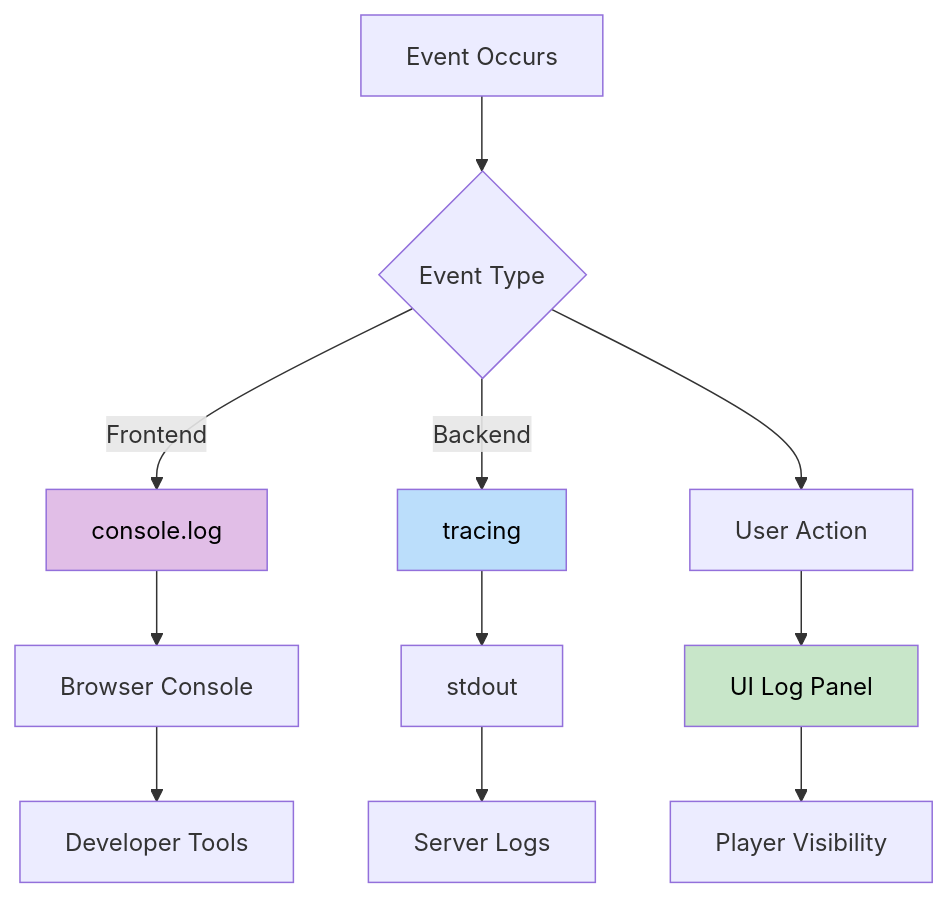
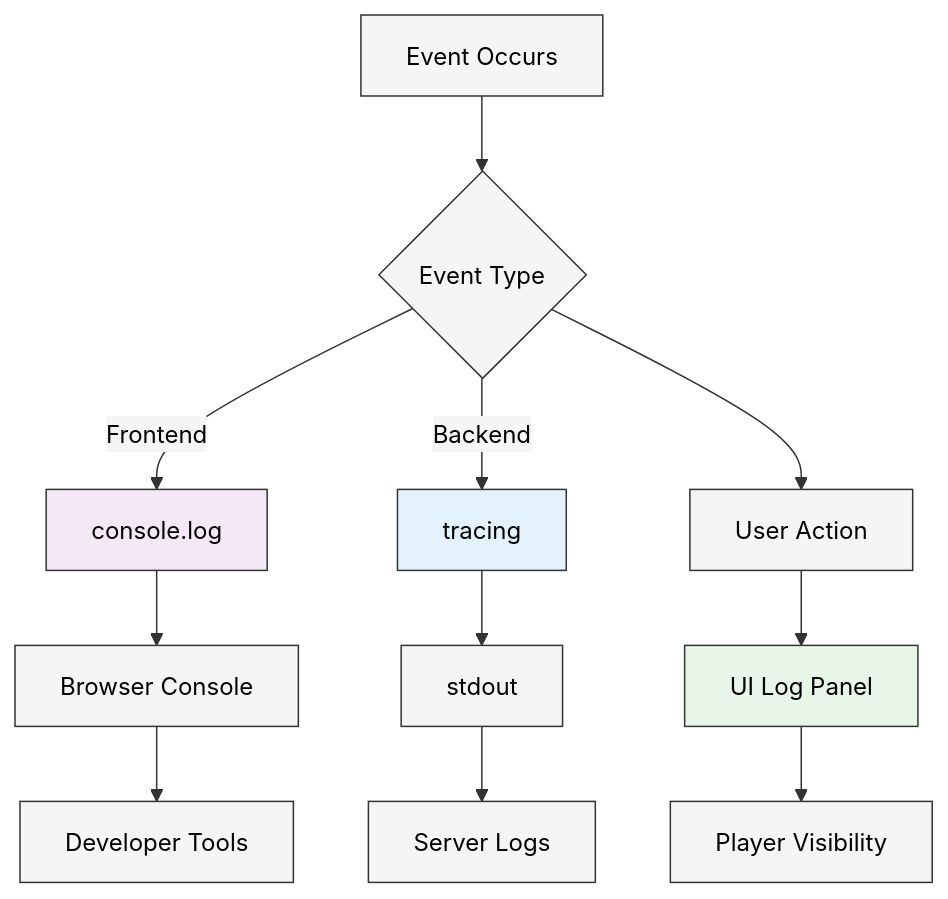
Before and after one commit to sw-game-dev/game-mcp-poc: diagram 16 of 16 in wiki/Data-Flow.md, drawn with Mermaid. The commit also changed other lines of this file and 6 other files, not shown here.

First line of the commit message:
fix: Improve mermaid diagram contrast with theme and lighter colors

````diff
--- a/wiki/Data-Flow.md
+++ b/wiki/Data-Flow.md
@@ -563,21 +578,22 @@
 ```mermaid
+%%{init: {'theme':'base', 'themeVariables': {'primaryColor':'#f5f5f5','primaryTextColor':'#000','primaryBorderColor':'#333','lineColor':'#333','secondaryColor':'#f5f5f5','tertiaryColor':'#f5f5f5'}}}%%
 graph TB
     A[Event Occurs] --> B{Event Type}
 
     B -->|Frontend| C[console.log]
     B -->|Backend| D[tracing]
 
     C --> E[Browser Console]
     D --> F[stdout]
 
     B --> G[User Action]
     G --> H[UI Log Panel]
 
     E --> I[Developer Tools]
     F --> J[Server Logs]
     H --> K[Player Visibility]
 
-    style C fill:#e1bee7,color:#000
-    style D fill:#bbdefb,color:#000
-    style H fill:#c8e6c9,color:#000
+    style C fill:#f4e8f7,color:#000
+    style D fill:#e3f2fd,color:#000
+    style H fill:#e8f5e9,color:#000
 ```
````
